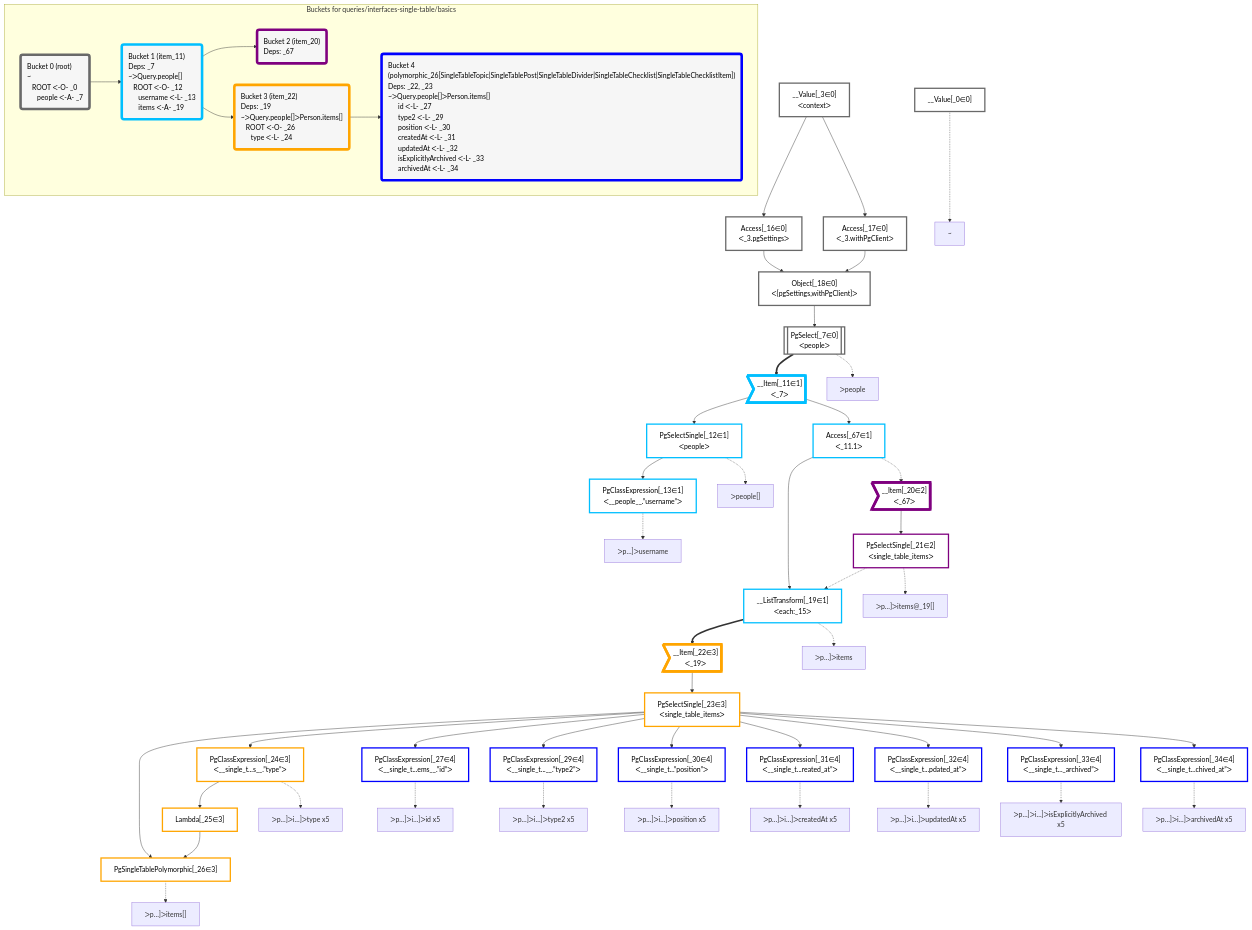
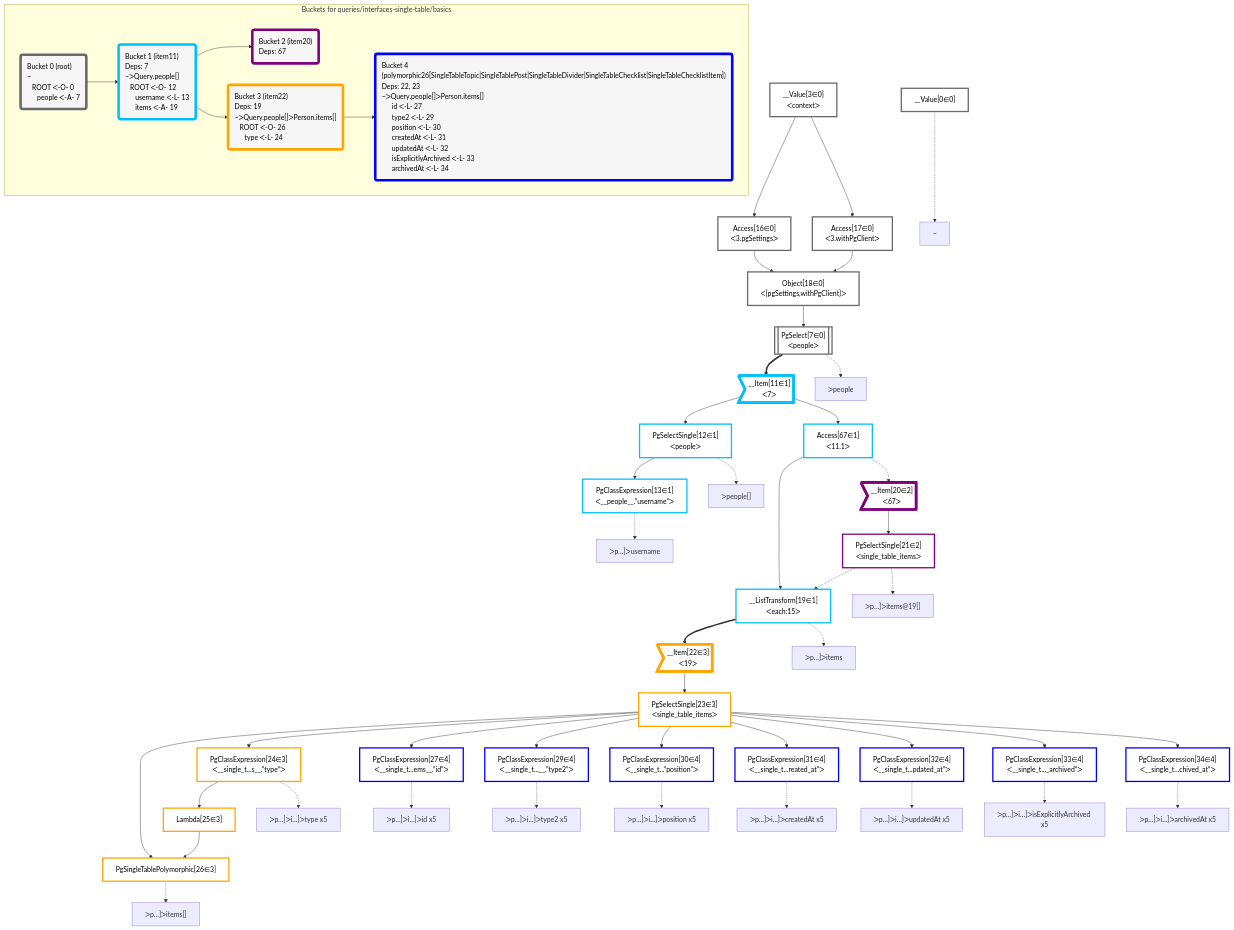
Before and after one commit to graphile/crystal: the diagram in packages/dataplan-pg/__tests__/queries/interfaces-single-table/basics.mermaid.md, drawn with Mermaid. The commit also changed 195 other files, not shown here.

```diff
--- a/packages/dataplan-pg/__tests__/queries/interfaces-single-table/basics.mermaid.md
+++ b/packages/dataplan-pg/__tests__/queries/interfaces-single-table/basics.mermaid.md
@@ -8,106 +8,106 @@
 
 
     %% define plans
-    __Value_0["__Value[_0∈0]"]:::plan
-    PgClassExpression_13["PgClassExpression[_13∈1]<br />ᐸ__people__.”username”ᐳ"]:::plan
-    PgSelectSingle_12["PgSelectSingle[_12∈1]<br />ᐸpeopleᐳ"]:::plan
-    PgSingleTablePolymorphic_26["PgSingleTablePolymorphic[_26∈3]"]:::plan
-    Lambda_25["Lambda[_25∈3]"]:::plan
-    PgClassExpression_24["PgClassExpression[_24∈3]<br />ᐸ__single_t...s__.”type”ᐳ"]:::plan
-    PgClassExpression_27["PgClassExpression[_27∈4]<br />ᐸ__single_t...ems__.”id”ᐳ"]:::plan
-    PgClassExpression_29["PgClassExpression[_29∈4]<br />ᐸ__single_t...__.”type2”ᐳ"]:::plan
-    PgClassExpression_30["PgClassExpression[_30∈4]<br />ᐸ__single_t...”position”ᐳ"]:::plan
-    PgClassExpression_31["PgClassExpression[_31∈4]<br />ᐸ__single_t...reated_at”ᐳ"]:::plan
-    PgClassExpression_32["PgClassExpression[_32∈4]<br />ᐸ__single_t...pdated_at”ᐳ"]:::plan
-    PgClassExpression_33["PgClassExpression[_33∈4]<br />ᐸ__single_t..._archived”ᐳ"]:::plan
-    PgClassExpression_34["PgClassExpression[_34∈4]<br />ᐸ__single_t...chived_at”ᐳ"]:::plan
-    PgSelectSingle_23["PgSelectSingle[_23∈3]<br />ᐸsingle_table_itemsᐳ"]:::plan
-    __Item_22>"__Item[_22∈3]<br />ᐸ_19ᐳ"]:::itemplan
-    __ListTransform_19["__ListTransform[_19∈1]<br />ᐸeach:_15ᐳ"]:::plan
-    PgSelectSingle_21["PgSelectSingle[_21∈2]<br />ᐸsingle_table_itemsᐳ"]:::plan
-    __Item_20>"__Item[_20∈2]<br />ᐸ_67ᐳ"]:::itemplan
-    Access_67["Access[_67∈1]<br />ᐸ_11.1ᐳ"]:::plan
-    __Item_11>"__Item[_11∈1]<br />ᐸ_7ᐳ"]:::itemplan
-    PgSelect_7[["PgSelect[_7∈0]<br />ᐸpeopleᐳ"]]:::plan
-    Object_18["Object[_18∈0]<br />ᐸ{pgSettings,withPgClient}ᐳ"]:::plan
-    Access_16["Access[_16∈0]<br />ᐸ_3.pgSettingsᐳ"]:::plan
-    Access_17["Access[_17∈0]<br />ᐸ_3.withPgClientᐳ"]:::plan
-    __Value_3["__Value[_3∈0]<br />ᐸcontextᐳ"]:::plan
+    __Value0["__Value[0∈0]"]:::plan
+    PgClassExpression13["PgClassExpression[13∈1]<br />ᐸ__people__.”username”ᐳ"]:::plan
+    PgSelectSingle12["PgSelectSingle[12∈1]<br />ᐸpeopleᐳ"]:::plan
+    PgSingleTablePolymorphic26["PgSingleTablePolymorphic[26∈3]"]:::plan
+    Lambda25["Lambda[25∈3]"]:::plan
+    PgClassExpression24["PgClassExpression[24∈3]<br />ᐸ__single_t...s__.”type”ᐳ"]:::plan
+    PgClassExpression27["PgClassExpression[27∈4]<br />ᐸ__single_t...ems__.”id”ᐳ"]:::plan
+    PgClassExpression29["PgClassExpression[29∈4]<br />ᐸ__single_t...__.”type2”ᐳ"]:::plan
+    PgClassExpression30["PgClassExpression[30∈4]<br />ᐸ__single_t...”position”ᐳ"]:::plan
+    PgClassExpression31["PgClassExpression[31∈4]<br />ᐸ__single_t...reated_at”ᐳ"]:::plan
+    PgClassExpression32["PgClassExpression[32∈4]<br />ᐸ__single_t...pdated_at”ᐳ"]:::plan
+    PgClassExpression33["PgClassExpression[33∈4]<br />ᐸ__single_t..._archived”ᐳ"]:::plan
+    PgClassExpression34["PgClassExpression[34∈4]<br />ᐸ__single_t...chived_at”ᐳ"]:::plan
+    PgSelectSingle23["PgSelectSingle[23∈3]<br />ᐸsingle_table_itemsᐳ"]:::plan
+    __Item22>"__Item[22∈3]<br />ᐸ19ᐳ"]:::itemplan
+    __ListTransform19["__ListTransform[19∈1]<br />ᐸeach:15ᐳ"]:::plan
+    PgSelectSingle21["PgSelectSingle[21∈2]<br />ᐸsingle_table_itemsᐳ"]:::plan
+    __Item20>"__Item[20∈2]<br />ᐸ67ᐳ"]:::itemplan
+    Access67["Access[67∈1]<br />ᐸ11.1ᐳ"]:::plan
+    __Item11>"__Item[11∈1]<br />ᐸ7ᐳ"]:::itemplan
+    PgSelect7[["PgSelect[7∈0]<br />ᐸpeopleᐳ"]]:::plan
+    Object18["Object[18∈0]<br />ᐸ{pgSettings,withPgClient}ᐳ"]:::plan
+    Access16["Access[16∈0]<br />ᐸ3.pgSettingsᐳ"]:::plan
+    Access17["Access[17∈0]<br />ᐸ3.withPgClientᐳ"]:::plan
+    __Value3["__Value[3∈0]<br />ᐸcontextᐳ"]:::plan
 
     %% plan dependencies
-    PgSelectSingle_12 --> PgClassExpression_13
-    __Item_11 --> PgSelectSingle_12
-    Lambda_25 & PgSelectSingle_23 --> PgSingleTablePolymorphic_26
-    PgClassExpression_24 --> Lambda_25
-    PgSelectSingle_23 --> PgClassExpression_24
-    PgSelectSingle_23 --> PgClassExpression_27
-    PgSelectSingle_23 --> PgClassExpression_29
-    PgSelectSingle_23 --> PgClassExpression_30
-    PgSelectSingle_23 --> PgClassExpression_31
-    PgSelectSingle_23 --> PgClassExpression_32
-    PgSelectSingle_23 --> PgClassExpression_33
-    PgSelectSingle_23 --> PgClassExpression_34
-    __Item_22 --> PgSelectSingle_23
-    __ListTransform_19 ==> __Item_22
-    Access_67 --> __ListTransform_19
-    PgSelectSingle_21 -.-> __ListTransform_19
-    __Item_20 --> PgSelectSingle_21
-    Access_67 -.-> __Item_20
-    __Item_11 --> Access_67
-    PgSelect_7 ==> __Item_11
-    Object_18 --> PgSelect_7
-    Access_16 & Access_17 --> Object_18
-    __Value_3 --> Access_16
-    __Value_3 --> Access_17
+    PgSelectSingle12 --> PgClassExpression13
+    __Item11 --> PgSelectSingle12
+    Lambda25 & PgSelectSingle23 --> PgSingleTablePolymorphic26
+    PgClassExpression24 --> Lambda25
+    PgSelectSingle23 --> PgClassExpression24
+    PgSelectSingle23 --> PgClassExpression27
+    PgSelectSingle23 --> PgClassExpression29
+    PgSelectSingle23 --> PgClassExpression30
+    PgSelectSingle23 --> PgClassExpression31
+    PgSelectSingle23 --> PgClassExpression32
+    PgSelectSingle23 --> PgClassExpression33
+    PgSelectSingle23 --> PgClassExpression34
+    __Item22 --> PgSelectSingle23
+    __ListTransform19 ==> __Item22
+    Access67 --> __ListTransform19
+    PgSelectSingle21 -.-> __ListTransform19
+    __Item20 --> PgSelectSingle21
+    Access67 -.-> __Item20
+    __Item11 --> Access67
+    PgSelect7 ==> __Item11
+    Object18 --> PgSelect7
+    Access16 & Access17 --> Object18
+    __Value3 --> Access16
+    __Value3 --> Access17
 
     %% plan-to-path relationships
-    P_0["~"]
-    __Value_0 -.-> P_0
-    P_7["ᐳpeople"]
-    PgSelect_7 -.-> P_7
-    P_12["ᐳpeople[]"]
-    PgSelectSingle_12 -.-> P_12
-    P_13["ᐳp…]ᐳusername"]
-    PgClassExpression_13 -.-> P_13
-    P_19["ᐳp…]ᐳitems"]
-    __ListTransform_19 -.-> P_19
-    P_21["ᐳp…]ᐳitems@_19[]"]
-    PgSelectSingle_21 -.-> P_21
-    P_24["ᐳp…]ᐳi…]ᐳtype x5"]
-    PgClassExpression_24 -.-> P_24
-    P_26["ᐳp…]ᐳitems[]"]
-    PgSingleTablePolymorphic_26 -.-> P_26
-    P_27["ᐳp…]ᐳi…]ᐳid x5"]
-    PgClassExpression_27 -.-> P_27
-    P_29["ᐳp…]ᐳi…]ᐳtype2 x5"]
-    PgClassExpression_29 -.-> P_29
-    P_30["ᐳp…]ᐳi…]ᐳposition x5"]
-    PgClassExpression_30 -.-> P_30
-    P_31["ᐳp…]ᐳi…]ᐳcreatedAt x5"]
-    PgClassExpression_31 -.-> P_31
-    P_32["ᐳp…]ᐳi…]ᐳupdatedAt x5"]
-    PgClassExpression_32 -.-> P_32
-    P_33["ᐳp…]ᐳi…]ᐳisExplicitlyArchived x5"]
-    PgClassExpression_33 -.-> P_33
-    P_34["ᐳp…]ᐳi…]ᐳarchivedAt x5"]
-    PgClassExpression_34 -.-> P_34
+    P0["~"]
+    __Value0 -.-> P0
+    P7["ᐳpeople"]
+    PgSelect7 -.-> P7
+    P12["ᐳpeople[]"]
+    PgSelectSingle12 -.-> P12
+    P13["ᐳp…]ᐳusername"]
+    PgClassExpression13 -.-> P13
+    P19["ᐳp…]ᐳitems"]
+    __ListTransform19 -.-> P19
+    P21["ᐳp…]ᐳitems@19[]"]
+    PgSelectSingle21 -.-> P21
+    P24["ᐳp…]ᐳi…]ᐳtype x5"]
+    PgClassExpression24 -.-> P24
+    P26["ᐳp…]ᐳitems[]"]
+    PgSingleTablePolymorphic26 -.-> P26
+    P27["ᐳp…]ᐳi…]ᐳid x5"]
+    PgClassExpression27 -.-> P27
+    P29["ᐳp…]ᐳi…]ᐳtype2 x5"]
+    PgClassExpression29 -.-> P29
+    P30["ᐳp…]ᐳi…]ᐳposition x5"]
+    PgClassExpression30 -.-> P30
+    P31["ᐳp…]ᐳi…]ᐳcreatedAt x5"]
+    PgClassExpression31 -.-> P31
+    P32["ᐳp…]ᐳi…]ᐳupdatedAt x5"]
+    PgClassExpression32 -.-> P32
+    P33["ᐳp…]ᐳi…]ᐳisExplicitlyArchived x5"]
+    PgClassExpression33 -.-> P33
+    P34["ᐳp…]ᐳi…]ᐳarchivedAt x5"]
+    PgClassExpression34 -.-> P34
 
     subgraph "Buckets for queries/interfaces-single-table/basics"
-    Bucket0("Bucket 0 (root)<br />~<br />⠀ROOT ᐸ-O- _0<br />⠀⠀people ᐸ-A- _7"):::bucket
+    Bucket0("Bucket 0 (root)<br />~<br />⠀ROOT ᐸ-O- 0<br />⠀⠀people ᐸ-A- 7"):::bucket
     classDef bucket0 stroke:#696969
-    class Bucket0,__Value_0,__Value_3,PgSelect_7,Access_16,Access_17,Object_18 bucket0
-    Bucket1("Bucket 1 (item_11)<br />Deps: _7<br />~ᐳQuery.people[]<br />⠀ROOT ᐸ-O- _12<br />⠀⠀username ᐸ-L- _13<br />⠀⠀items ᐸ-A- _19"):::bucket
+    class Bucket0,__Value0,__Value3,PgSelect7,Access16,Access17,Object18 bucket0
+    Bucket1("Bucket 1 (item11)<br />Deps: 7<br />~ᐳQuery.people[]<br />⠀ROOT ᐸ-O- 12<br />⠀⠀username ᐸ-L- 13<br />⠀⠀items ᐸ-A- 19"):::bucket
     classDef bucket1 stroke:#00bfff
-    class Bucket1,__Item_11,PgSelectSingle_12,PgClassExpression_13,__ListTransform_19,Access_67 bucket1
-    Bucket2("Bucket 2 (item_20)<br />Deps: _67"):::bucket
+    class Bucket1,__Item11,PgSelectSingle12,PgClassExpression13,__ListTransform19,Access67 bucket1
+    Bucket2("Bucket 2 (item20)<br />Deps: 67"):::bucket
     classDef bucket2 stroke:#7f007f
-    class Bucket2,__Item_20,PgSelectSingle_21 bucket2
-    Bucket3("Bucket 3 (item_22)<br />Deps: _19<br />~ᐳQuery.people[]ᐳPerson.items[]<br />⠀ROOT ᐸ-O- _26<br />⠀⠀type ᐸ-L- _24"):::bucket
+    class Bucket2,__Item20,PgSelectSingle21 bucket2
+    Bucket3("Bucket 3 (item22)<br />Deps: 19<br />~ᐳQuery.people[]ᐳPerson.items[]<br />⠀ROOT ᐸ-O- 26<br />⠀⠀type ᐸ-L- 24"):::bucket
     classDef bucket3 stroke:#ffa500
-    class Bucket3,__Item_22,PgSelectSingle_23,PgClassExpression_24,Lambda_25,PgSingleTablePolymorphic_26 bucket3
-    Bucket4("Bucket 4 (polymorphic_26[SingleTableTopic|SingleTablePost|SingleTableDivider|SingleTableChecklist|SingleTableChecklistItem])<br />Deps: _22, _23<br />~ᐳQuery.people[]ᐳPerson.items[]<br />⠀⠀id ᐸ-L- _27<br />⠀⠀type2 ᐸ-L- _29<br />⠀⠀position ᐸ-L- _30<br />⠀⠀createdAt ᐸ-L- _31<br />⠀⠀updatedAt ᐸ-L- _32<br />⠀⠀isExplicitlyArchived ᐸ-L- _33<br />⠀⠀archivedAt ᐸ-L- _34"):::bucket
+    class Bucket3,__Item22,PgSelectSingle23,PgClassExpression24,Lambda25,PgSingleTablePolymorphic26 bucket3
+    Bucket4("Bucket 4 (polymorphic26[SingleTableTopic|SingleTablePost|SingleTableDivider|SingleTableChecklist|SingleTableChecklistItem])<br />Deps: 22, 23<br />~ᐳQuery.people[]ᐳPerson.items[]<br />⠀⠀id ᐸ-L- 27<br />⠀⠀type2 ᐸ-L- 29<br />⠀⠀position ᐸ-L- 30<br />⠀⠀createdAt ᐸ-L- 31<br />⠀⠀updatedAt ᐸ-L- 32<br />⠀⠀isExplicitlyArchived ᐸ-L- 33<br />⠀⠀archivedAt ᐸ-L- 34"):::bucket
     classDef bucket4 stroke:#0000ff
-    class Bucket4,PgClassExpression_27,PgClassExpression_29,PgClassExpression_30,PgClassExpression_31,PgClassExpression_32,PgClassExpression_33,PgClassExpression_34 bucket4
+    class Bucket4,PgClassExpression27,PgClassExpression29,PgClassExpression30,PgClassExpression31,PgClassExpression32,PgClassExpression33,PgClassExpression34 bucket4
     Bucket0 --> Bucket1
     Bucket1 --> Bucket2 & Bucket3
     Bucket3 --> Bucket4
```
